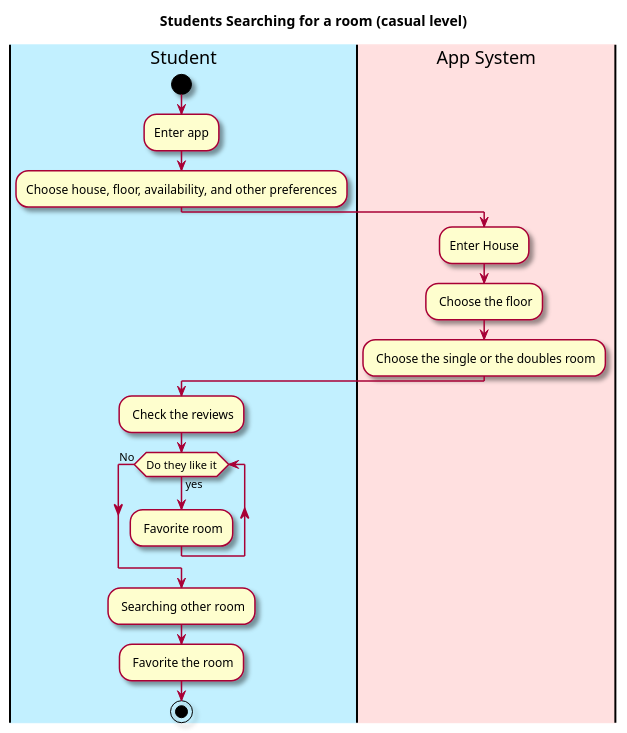
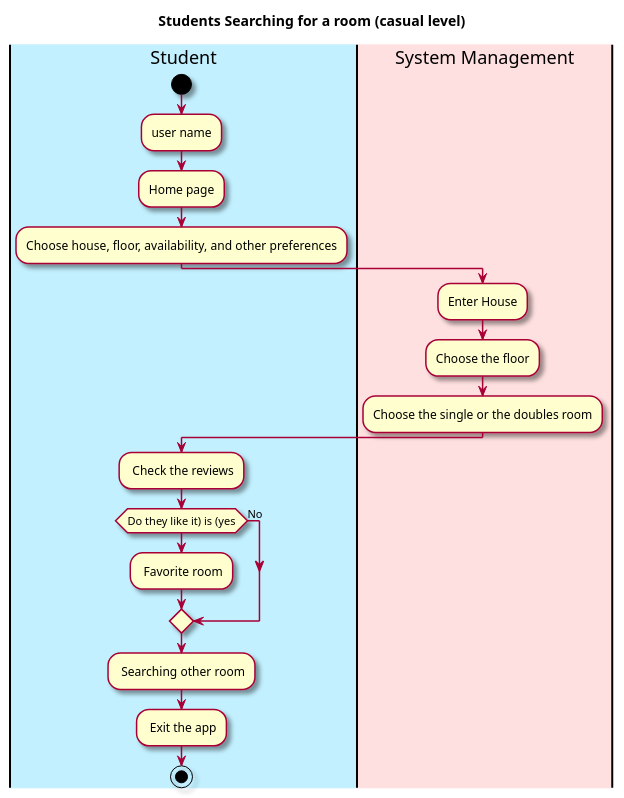
One commit to alexandraguillen12/Dorm-Review-App changed the diagram in intellij/doc/use-cases/Searching-for-room.md. Above: the diagram before and after it, drawn with PlantUML. The commit also changed other lines of this file, not shown here.

````diff
--- a/intellij/doc/use-cases/Searching-for-room.md
+++ b/intellij/doc/use-cases/Searching-for-room.md
@@ -46,33 +43,35 @@
 ```plantuml
 @startuml
 
 skin rose
 
 title Students Searching for a room (casual level)
 
 'define the lanes
 |#application|Student|
-|#implementation|App System|
+|#implementation|System Management|
 
 |Student|
 start
-:Enter app;
+:user name; 
+:Home page;
 :Choose house, floor, availability, and other preferences;
 
-|App System|
+|System Management|
   :Enter House;
-  : Choose the floor;
-  : Choose the single or the doubles room;
+  :Choose the floor;
+  :Choose the single or the doubles room;
   |Student| 
   : Check the reviews;
-  while (Do they like it) is (yes)
+  if (Do they like it) is (yes)
   : Favorite room;
-  endwhile (No)
-  : Searching other room;
+  else (No)
+ 
+  endif 
+   : Searching other room;
+  : Exit the app;
   
-  
-  : Favorite the room;
 
 stop
 @enduml
 ```
````
